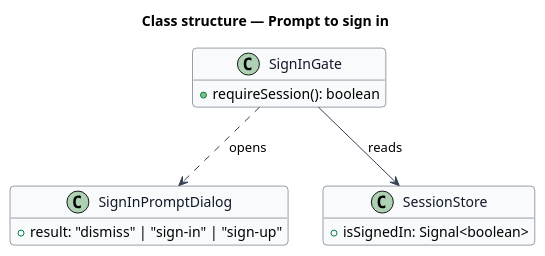
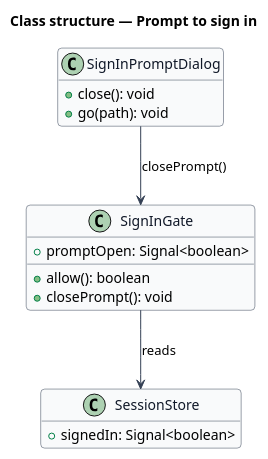
Before and after one commit to QuinntyneBrown/hummi: the diagram in docs/detailed-designs/accounts/prompt-sign-in/diagrams/class-structure.puml, drawn with PlantUML. The commit also changed 206 other files, not shown here.

First line of the commit message:
Create an account and sign in: sign up, verify email, sign in, sign out and the sign-in prompt

```diff
--- a/docs/detailed-designs/accounts/prompt-sign-in/diagrams/class-structure.puml
+++ b/docs/detailed-designs/accounts/prompt-sign-in/diagrams/class-structure.puml
@@ -1,26 +1,29 @@
 @startuml
 skinparam backgroundColor #FFFFFF
 skinparam shadowing false
 skinparam roundcorner 8
 skinparam defaultFontName Arial
 skinparam ArrowColor #344054
 skinparam class {
   BorderColor #344054
   FontColor #101828
   BackgroundColor #F9FAFB
 }
 hide empty members
 title Class structure — Prompt to sign in
 
 class SignInGate {
-  +requireSession(): boolean
+  +promptOpen: Signal<boolean>
+  +allow(): boolean
+  +closePrompt(): void
 }
 class SignInPromptDialog {
-  +result: "dismiss" | "sign-in" | "sign-up"
+  +close(): void
+  +go(path): void
 }
 class SessionStore {
-  +isSignedIn: Signal<boolean>
+  +signedIn: Signal<boolean>
 }
 SignInGate --> SessionStore : reads
-SignInGate ..> SignInPromptDialog : opens
+SignInPromptDialog --> SignInGate : closePrompt()
 @enduml
```
